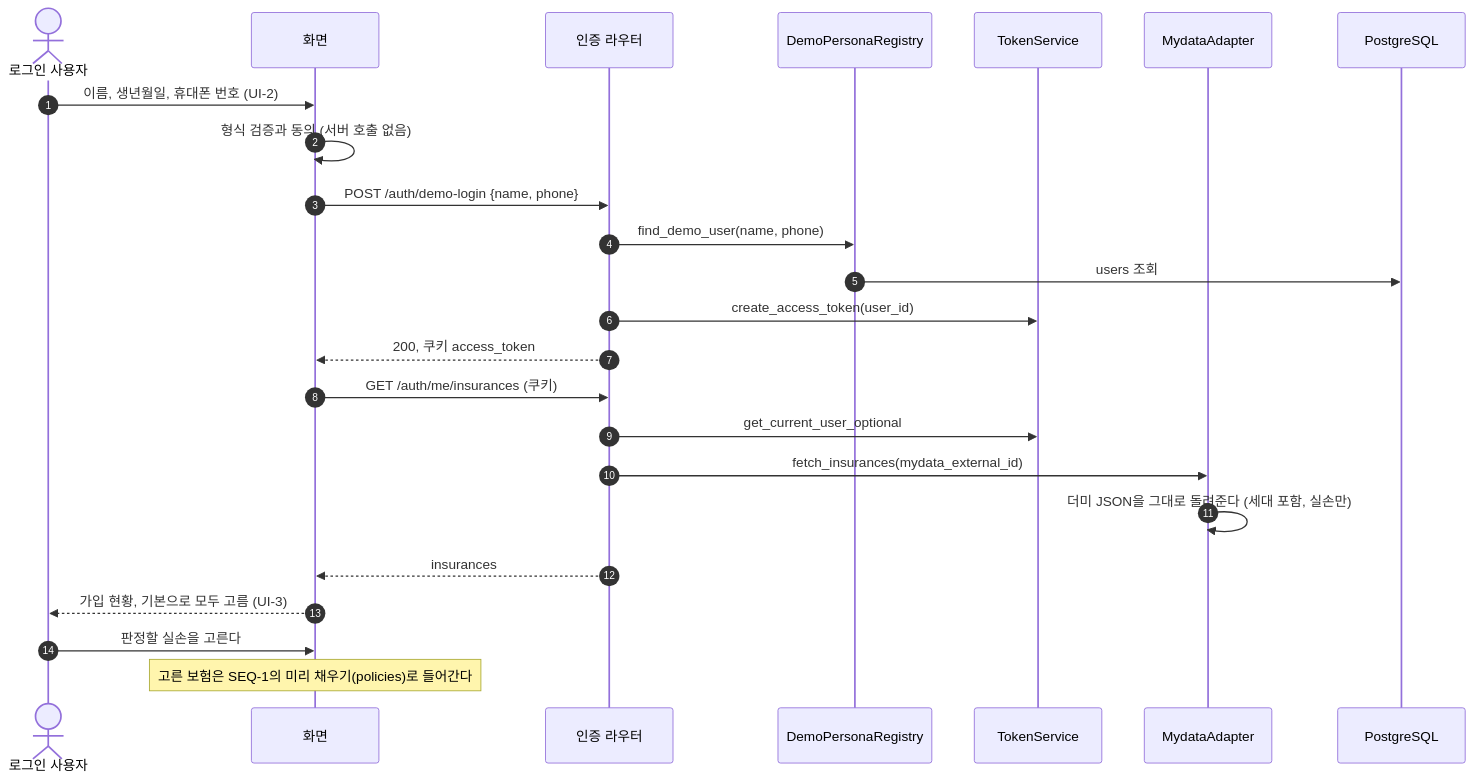
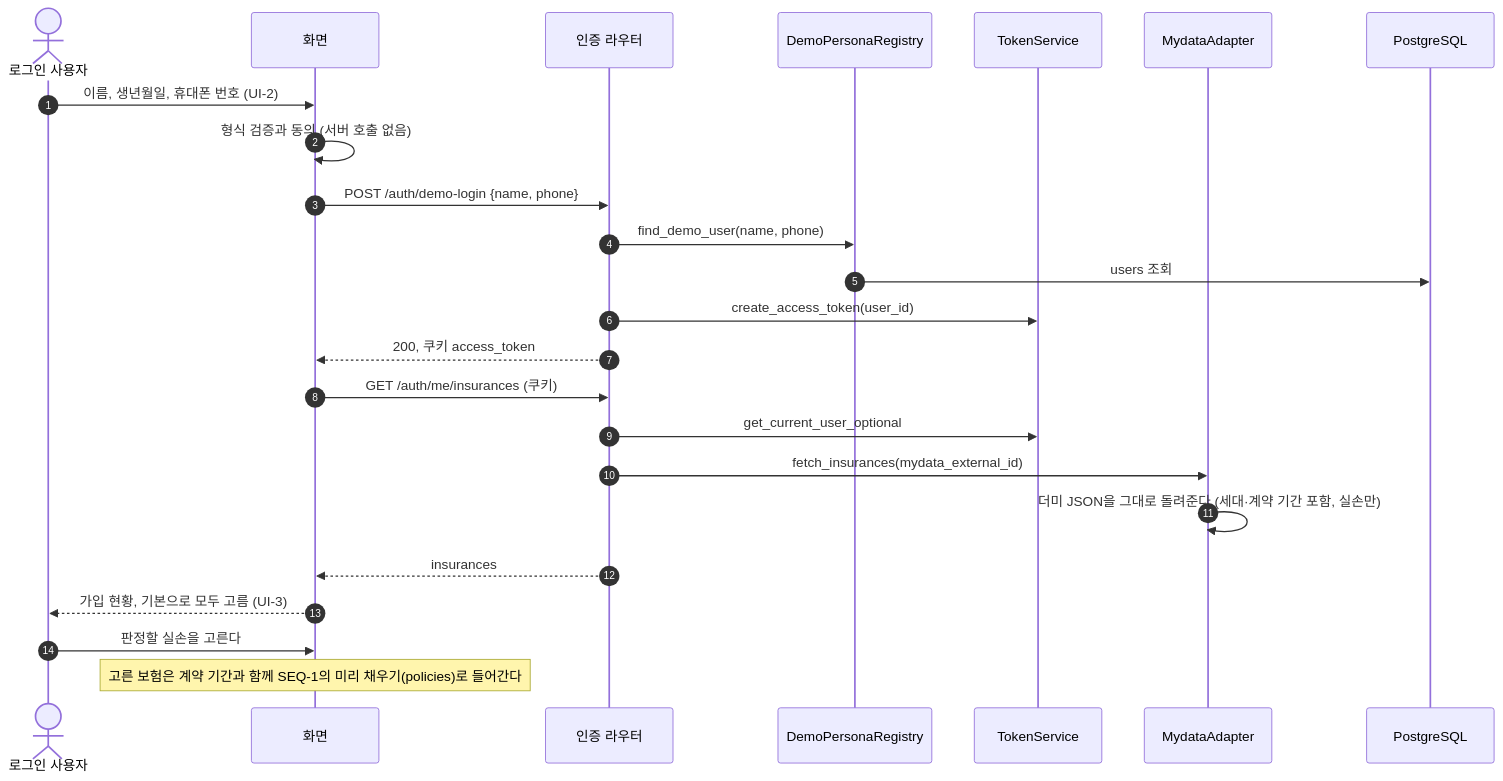
The fourth of 15 diagrams in docs/specs/09-SEQ/INS-SEQ-002.md (HoyoungParkme/Insurance-Helper), drawn with Mermaid before and after one commit. The commit also changed other lines of this file, not shown here.

````diff
--- a/docs/specs/09-SEQ/INS-SEQ-002.md
+++ b/docs/specs/09-SEQ/INS-SEQ-002.md
@@ -182,26 +184,26 @@
 ```mermaid
 sequenceDiagram
     autonumber
     actor U as 로그인 사용자
     participant FE as 화면
     participant R as 인증 라우터
     participant DP as DemoPersonaRegistry
     participant TK as TokenService
     participant MY as MydataAdapter
     participant PG as PostgreSQL
     U->>FE: 이름, 생년월일, 휴대폰 번호 (UI-2)
     FE->>FE: 형식 검증과 동의 (서버 호출 없음)
     FE->>R: POST /auth/demo-login {name, phone}
     R->>DP: find_demo_user(name, phone)
     DP->>PG: users 조회
     R->>TK: create_access_token(user_id)
     R-->>FE: 200, 쿠키 access_token
     FE->>R: GET /auth/me/insurances (쿠키)
     R->>TK: get_current_user_optional
     R->>MY: fetch_insurances(mydata_external_id)
-    MY->>MY: 더미 JSON을 그대로 돌려준다 (세대 포함, 실손만)
+    MY->>MY: 더미 JSON을 그대로 돌려준다 (세대·계약 기간 포함, 실손만)
     R-->>FE: insurances
     FE-->>U: 가입 현황, 기본으로 모두 고름 (UI-3)
     U->>FE: 판정할 실손을 고른다
-    Note over FE: 고른 보험은 SEQ-1의 미리 채우기(policies)로 들어간다
+    Note over FE: 고른 보험은 계약 기간과 함께 SEQ-1의 미리 채우기(policies)로 들어간다
 ```
````
